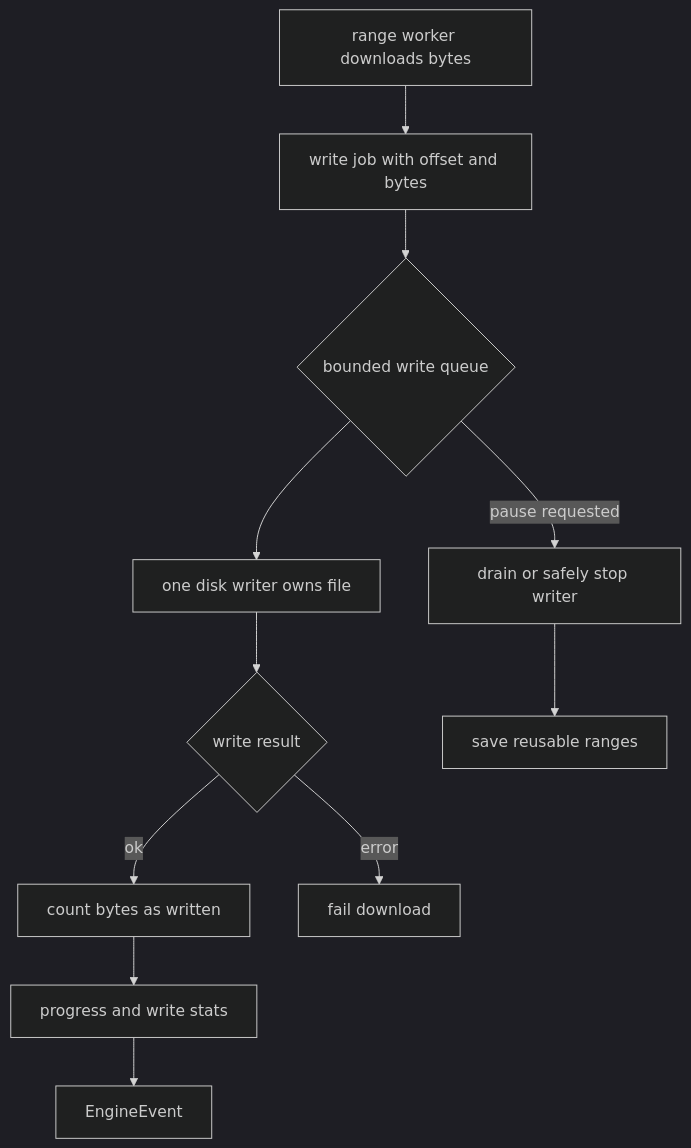
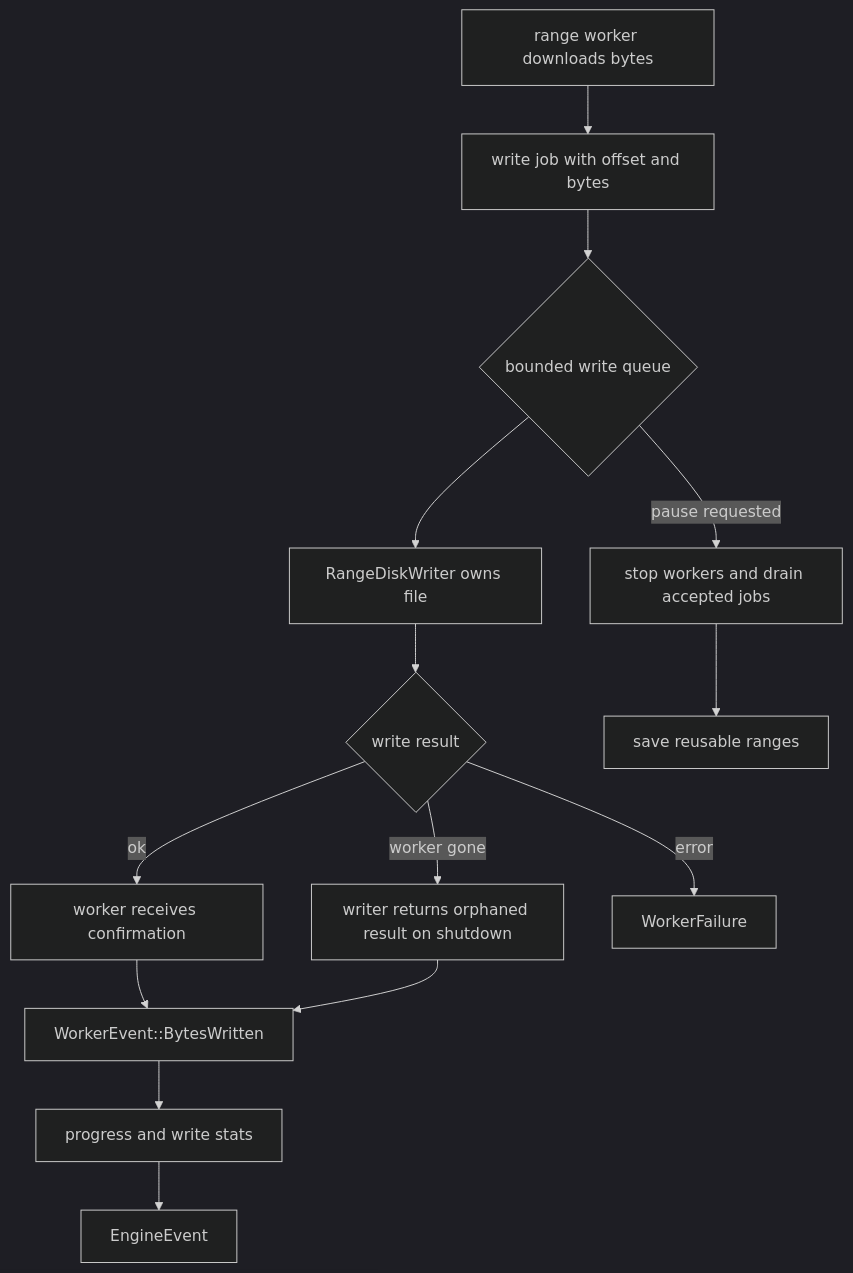
One commit to ophelianz/ophelia changed the seventh of 9 diagrams in docs/core-diagrams.md. Above: the diagram before and after it, drawn with Mermaid (dark theme). The commit also changed other lines of this file and 11 other files, not shown here.

Commit message:
refactor: add range disk writer

````diff
--- a/docs/core-diagrams.md
+++ b/docs/core-diagrams.md
@@ -155,13 +158,16 @@
 ```mermaid
 flowchart TD
   Worker["range worker downloads bytes"] --> Job["write job with offset and bytes"]
   Job --> Queue{"bounded write queue"}
-  Queue --> Writer["one disk writer owns file"]
+  Queue --> Writer["RangeDiskWriter owns file"]
   Writer --> Result{"write result"}
-  Result -->|"ok"| Count["count bytes as written"]
-  Result -->|"error"| Fail["fail download"]
+  Result -->|"ok"| WorkerConfirm["worker receives confirmation"]
+  Result -->|"worker gone"| Orphan["writer returns orphaned result on shutdown"]
+  Result -->|"error"| Fail["WorkerFailure"]
+  WorkerConfirm --> Count["WorkerEvent::BytesWritten"]
+  Orphan --> Count
   Count --> Progress["progress and write stats"]
   Progress --> Events["EngineEvent"]
-  Queue -->|"pause requested"| Drain["drain or safely stop writer"]
+  Queue -->|"pause requested"| Drain["stop workers and drain accepted jobs"]
   Drain --> Snapshot["save reusable ranges"]
 ```
````
